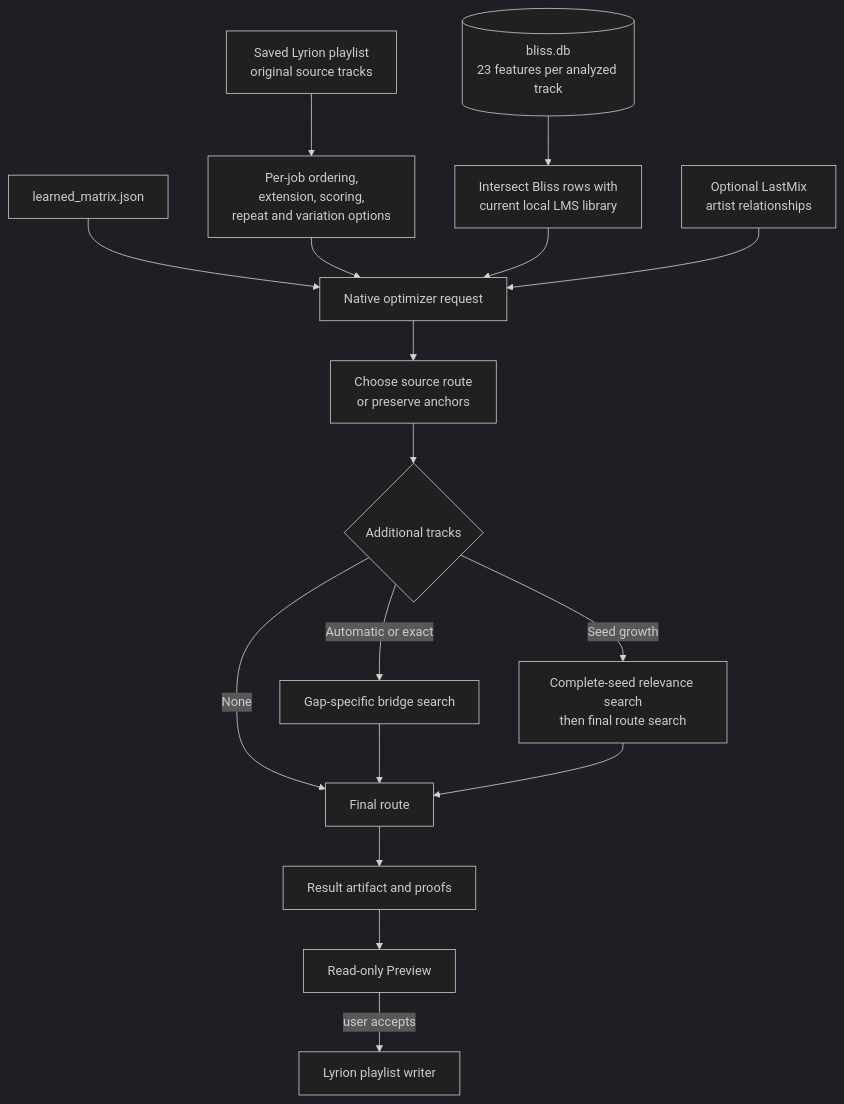
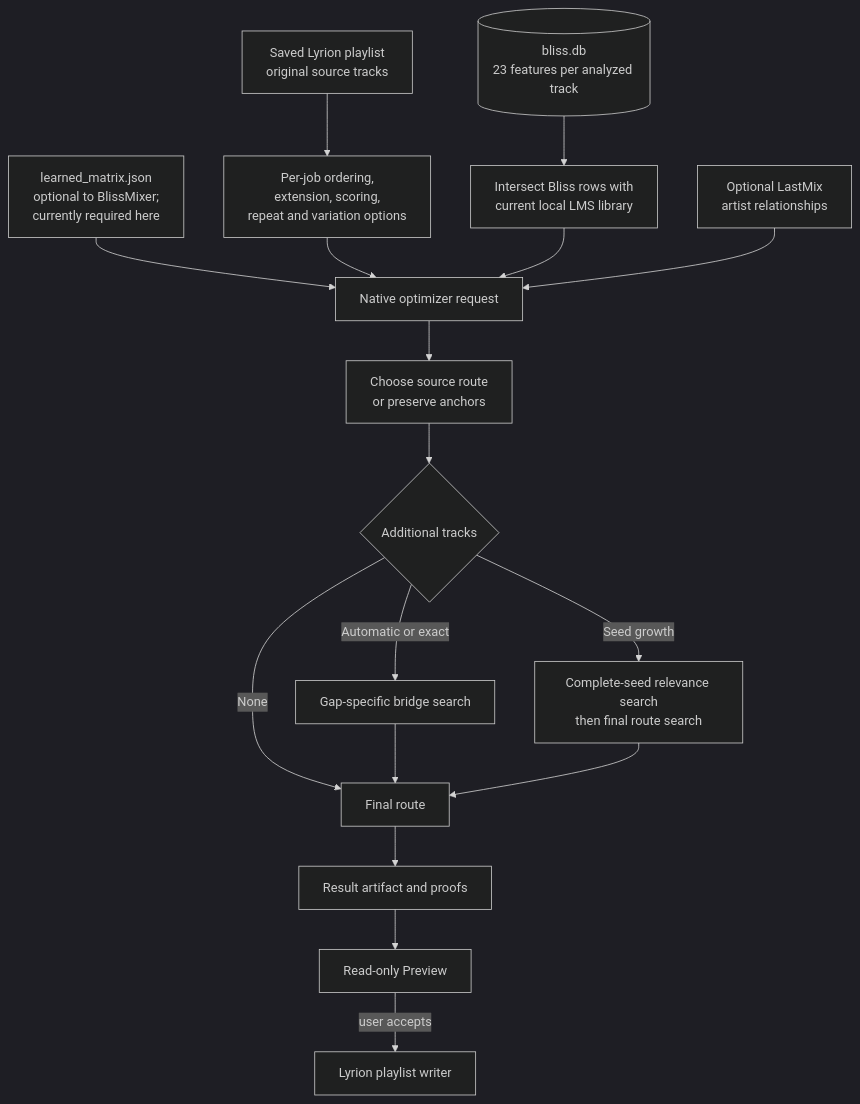
One commit to chrober/lms-better-call-bliss changed the first of 7 diagrams in ALGORITHMS.md. Above: the diagram before and after it, drawn with Mermaid (dark theme). The commit also changed other lines of this file and 3 other files, not shown here.

Commit message:
docs: clarify learned matrix requirement

```diff
--- a/ALGORITHMS.md
+++ b/ALGORITHMS.md
@@ -44,19 +44,19 @@
 ~~~mermaid
 flowchart TD
     P["Saved Lyrion playlist<br/>original source tracks"] --> O["Per-job ordering,<br/>extension, scoring,<br/>repeat and variation options"]
     DB[("bliss.db<br/>23 features per analyzed track")] --> I["Intersect Bliss rows with<br/>current local LMS library"]
-    M["learned_matrix.json"] --> N
+    M["learned_matrix.json<br/>optional to BlissMixer;<br/>currently required here"] --> N
     O --> N["Native optimizer request"]
     I --> N
     L["Optional LastMix<br/>artist relationships"] --> N
     N --> S["Choose source route<br/>or preserve anchors"]
     S --> X{"Additional tracks"}
     X -- None --> R["Final route"]
     X -- Automatic or exact --> B["Gap-specific bridge search"]
     X -- Seed growth --> G["Complete-seed relevance search<br/>then final route search"]
     B --> R
     G --> R
     R --> V["Result artifact and proofs"]
     V --> Q["Read-only Preview"]
     Q -->|"user accepts"| W["Lyrion playlist writer"]
 ~~~
```
